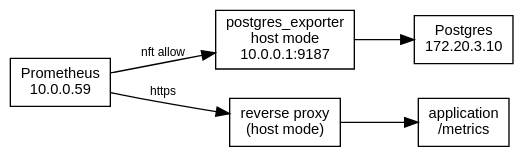
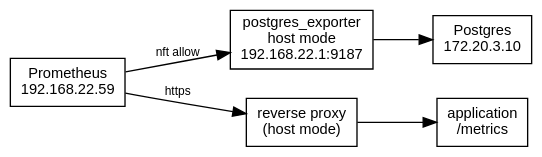
Before and after one commit to erfianugrah/lexicanum: the diagram in src/content/docs/guides/monitor-compose-postgres-prometheus.mdx, drawn with Graphviz. The commit also changed other lines of this file and 17 other files, not shown here.

````diff
--- a/src/content/docs/guides/monitor-compose-postgres-prometheus.mdx
+++ b/src/content/docs/guides/monitor-compose-postgres-prometheus.mdx
@@ -41,19 +41,19 @@
 ```dot
 digraph {
   rankdir=LR; bgcolor="transparent"; compound=true; nodesep=0.3; ranksep=0.6;
   fontname="Helvetica,Arial,sans-serif";
   node [fontname="Helvetica,Arial,sans-serif", fontsize=11, shape=box];
   edge [fontname="Helvetica,Arial,sans-serif", fontsize=9];
 
-  prom [label="Prometheus\n10.0.0.59"];
-  exporter [label="postgres_exporter\nhost mode\n10.0.0.1:9187"];
+  prom [label="Prometheus\n192.168.22.59"];
+  exporter [label="postgres_exporter\nhost mode\n192.168.22.1:9187"];
   proxy [label="reverse proxy\n(host mode)"];
   app [label="application\n/metrics"];
   pg [label="Postgres\n172.20.3.10"];
 
   prom -> exporter [label="nft allow"];
   prom -> proxy [label="https"];
   proxy -> app;
   exporter -> pg;
 }
 ```
````
